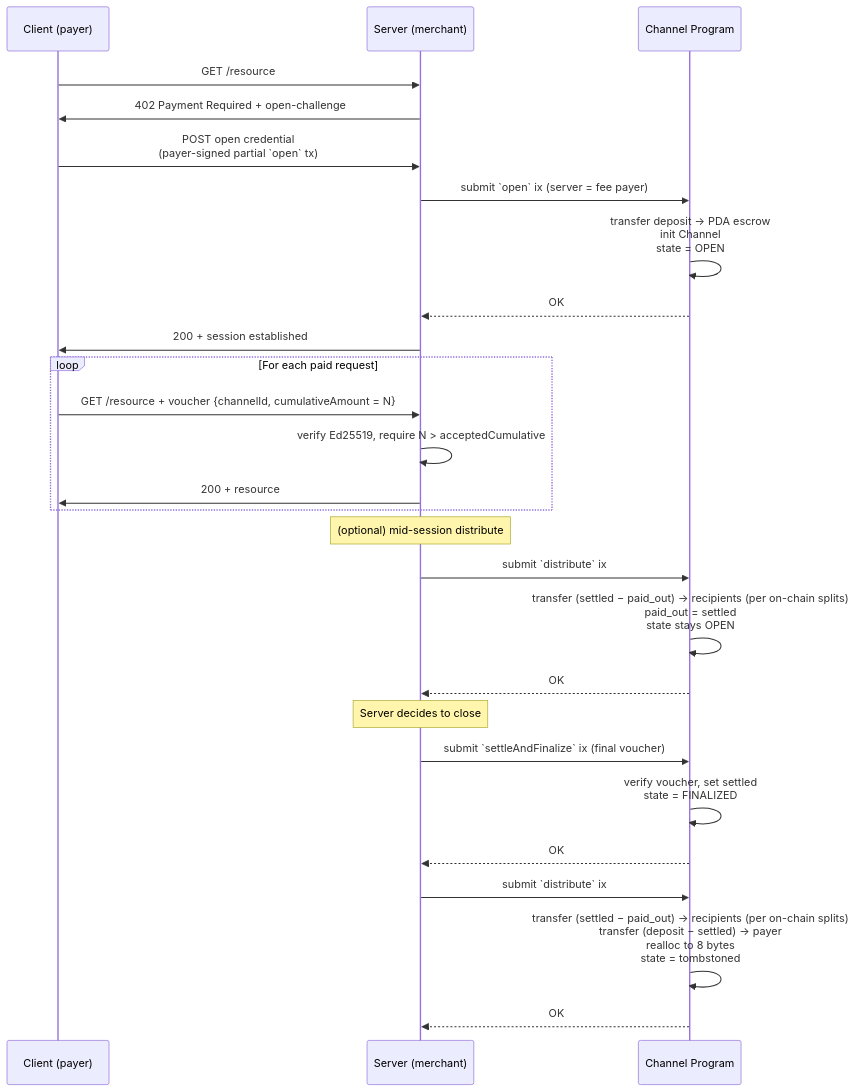
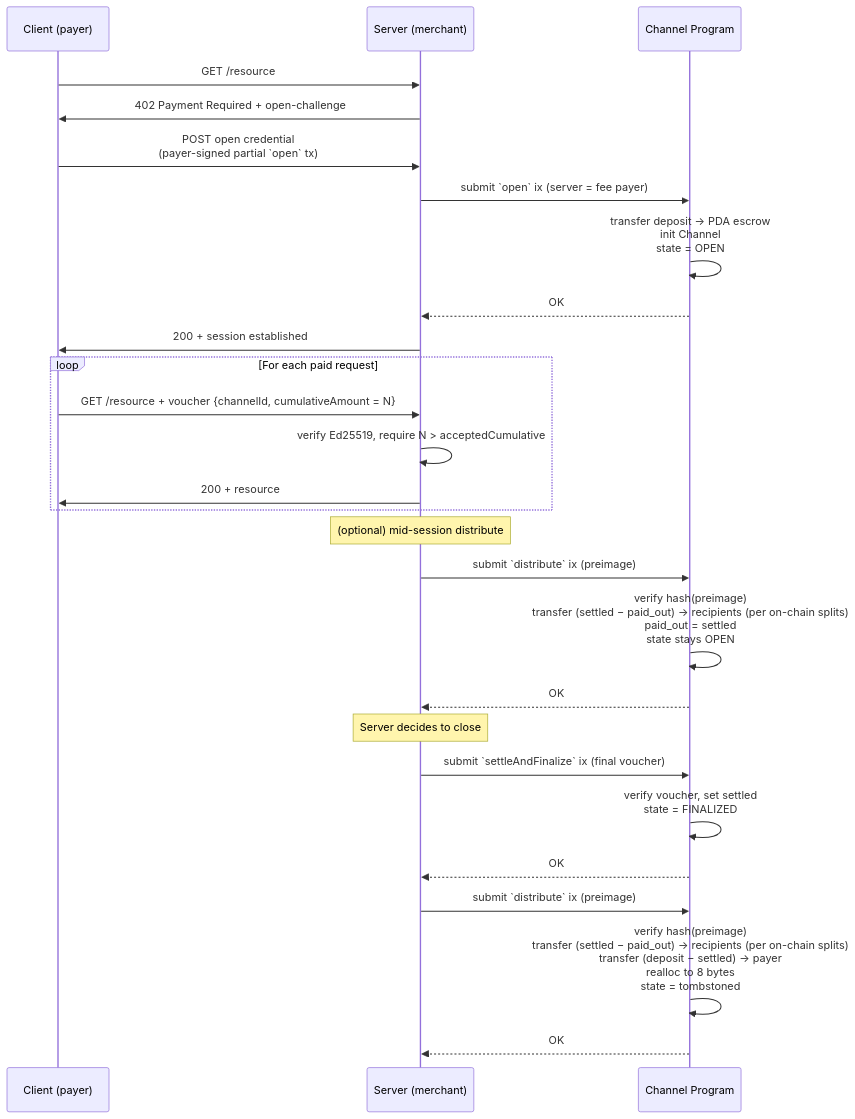
Before and after one commit to solana-foundation/payment-channels: the first of 2 diagrams in docs/002-http-protocol.md, drawn with Mermaid. The commit also changed other lines of this file, not shown here.

Commit message:
put back pre-image check on distribute

````diff
--- a/docs/002-http-protocol.md
+++ b/docs/002-http-protocol.md
@@ -106,35 +106,35 @@
 ```mermaid
 sequenceDiagram
     participant C as Client (payer)
     participant S as Server (merchant)
     participant P as Channel Program
 
     C->>S: GET /resource
     S->>C: 402 Payment Required + open-challenge
 
     C->>S: POST open credential<br/>(payer-signed partial `open` tx)
     S->>P: submit `open` ix (server = fee payer)
     P->>P: transfer deposit → PDA escrow<br/>init Channel<br/>state = OPEN
     P-->>S: OK
     S->>C: 200 + session established
 
     loop For each paid request
         C->>S: GET /resource + voucher {channelId, cumulativeAmount = N}
         S->>S: verify Ed25519, require N > acceptedCumulative
         S->>C: 200 + resource
     end
 
     Note over S: (optional) mid-session distribute
-    S->>P: submit `distribute` ix
-    P->>P: transfer (settled − paid_out) → recipients (per on-chain splits)<br/>paid_out = settled<br/>state stays OPEN
+    S->>P: submit `distribute` ix (preimage)
+    P->>P: verify hash(preimage)<br/>transfer (settled − paid_out) → recipients (per on-chain splits)<br/>paid_out = settled<br/>state stays OPEN
     P-->>S: OK
 
     Note over S: Server decides to close
     S->>P: submit `settleAndFinalize` ix (final voucher)
     P->>P: verify voucher, set settled<br/>state = FINALIZED
     P-->>S: OK
 
-    S->>P: submit `distribute` ix
-    P->>P: transfer (settled − paid_out) → recipients (per on-chain splits)<br/>transfer (deposit − settled) → payer<br/>realloc to 8 bytes<br/>state = tombstoned
+    S->>P: submit `distribute` ix (preimage)
+    P->>P: verify hash(preimage)<br/>transfer (settled − paid_out) → recipients (per on-chain splits)<br/>transfer (deposit − settled) → payer<br/>realloc to 8 bytes<br/>state = tombstoned
     P-->>S: OK
 ```
````
